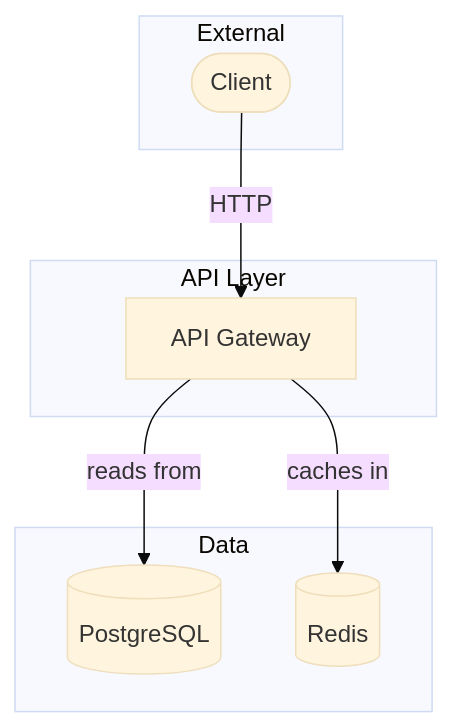
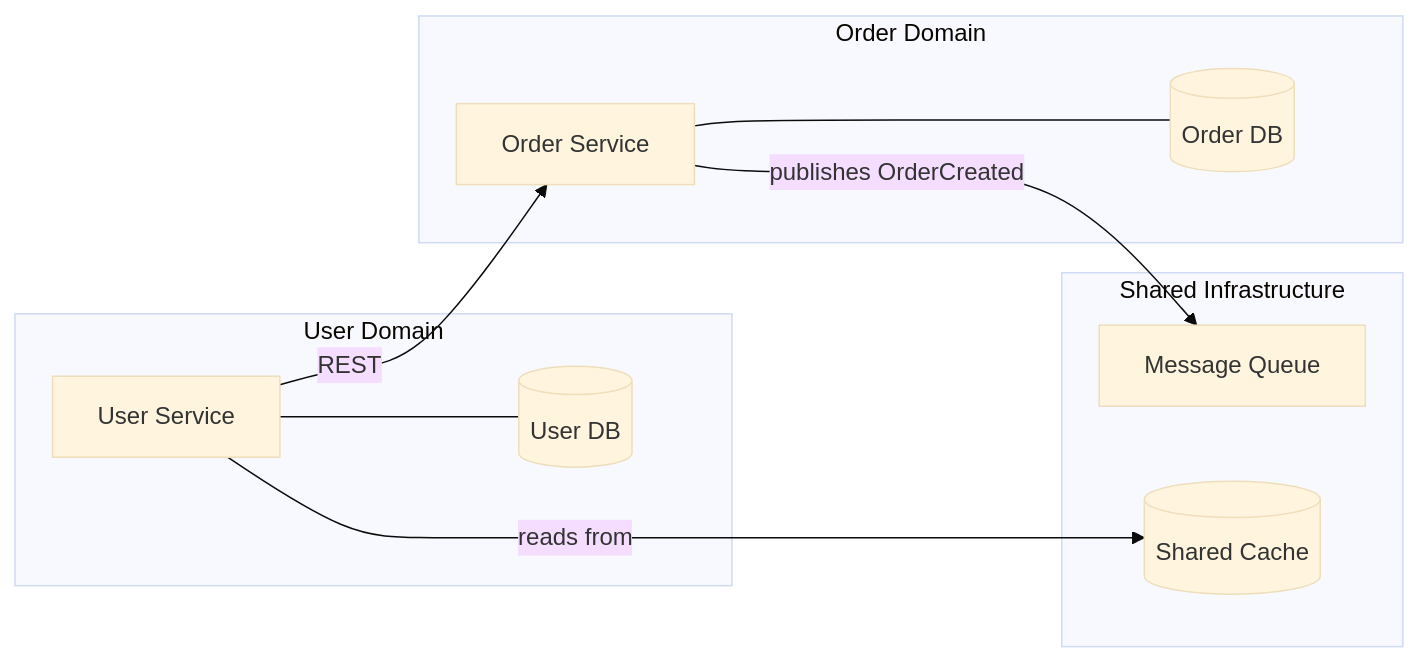
The fourth of 5 diagrams in archimind/skills/design-architecture/references/mermaid-guidelines.md (sembraniteam/claude-plugins), drawn with Mermaid (base theme) before and after one commit. The commit also changed other lines of this file and 11 other files, not shown here.

````diff
--- a/archimind/skills/design-architecture/references/mermaid-guidelines.md
+++ b/archimind/skills/design-architecture/references/mermaid-guidelines.md
@@ -212,16 +253,20 @@
 ```mermaid
-flowchart TD
-  subgraph "External"
-    Client([Client])
+flowchart LR
+  subgraph "User Domain"
+    UserSvc[User Service]
+    UserDB[(User DB)]
   end
-  subgraph "API Layer"
-    API[API Gateway]
+  subgraph "Order Domain"
+    OrderSvc[Order Service]
+    OrderDB[(Order DB)]
   end
-  subgraph "Data"
-    DB[(PostgreSQL)]
-    Cache[(Redis)]
+  subgraph "Shared Infrastructure"
+    Queue[Message Queue]
+    Cache[(Shared Cache)]
   end
-  Client -->|HTTP| API
-  API -->|reads from| DB
-  API -->|caches in| Cache
+  UserSvc --- UserDB
+  OrderSvc --- OrderDB
+  UserSvc -->|REST| OrderSvc
+  OrderSvc -->|publishes OrderCreated| Queue
+  UserSvc -->|reads from| Cache
 ```
````
